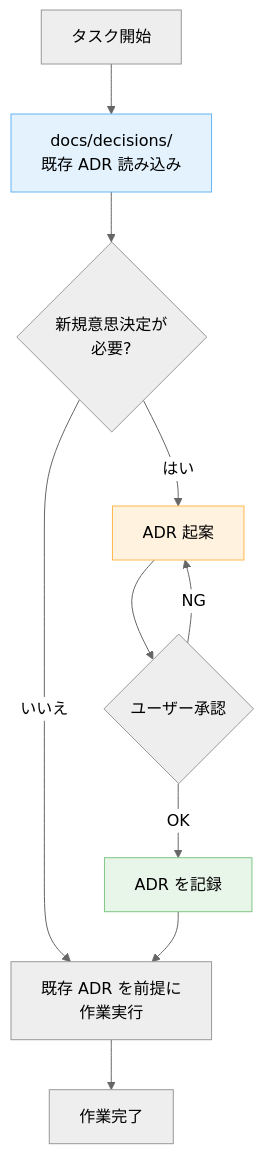
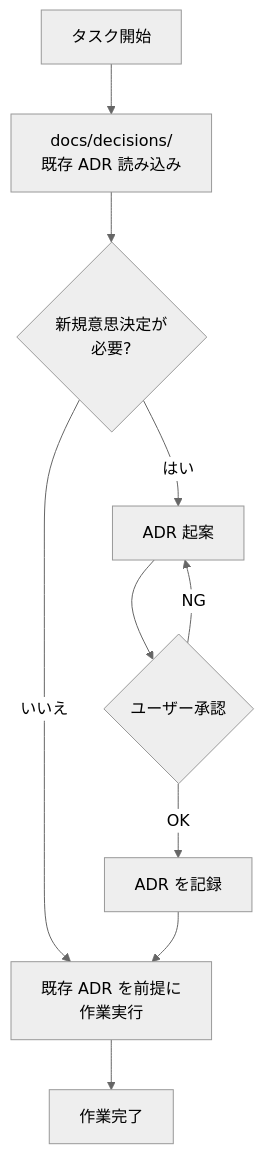
The first of 2 diagrams in docs/tools/adr-参照コマンドによる意思決定の継承.md (dinekt/dinekt-wiki), drawn with Mermaid (neutral theme) before and after one commit. The commit also changed other lines of this file and 70 other files, not shown here.

First line of the commit message:
fix(mermaid): strip all inline styling, rely on theme

````diff
--- a/docs/tools/adr-参照コマンドによる意思決定の継承.md
+++ b/docs/tools/adr-参照コマンドによる意思決定の継承.md
@@ -23,16 +23,13 @@
 ```mermaid
 flowchart TD
     T[タスク開始] --> R[docs/decisions/<br/>既存 ADR 読み込み]
     R --> D{新規意思決定が<br/>必要?}
     D -->|はい| P[ADR 起案]
     D -->|いいえ| E[既存 ADR を前提に<br/>作業実行]
     P --> A{ユーザー承認}
     A -->|OK| M[ADR を記録]
     A -->|NG| P
     M --> E
     E --> F[作業完了]
 
-    style R fill:#e3f2fd,stroke:#64b5f6,color:#000
-    style P fill:#fff3e0,stroke:#ffb74d,color:#000
-    style M fill:#e8f5e9,stroke:#81c784,color:#000
 ```
````
